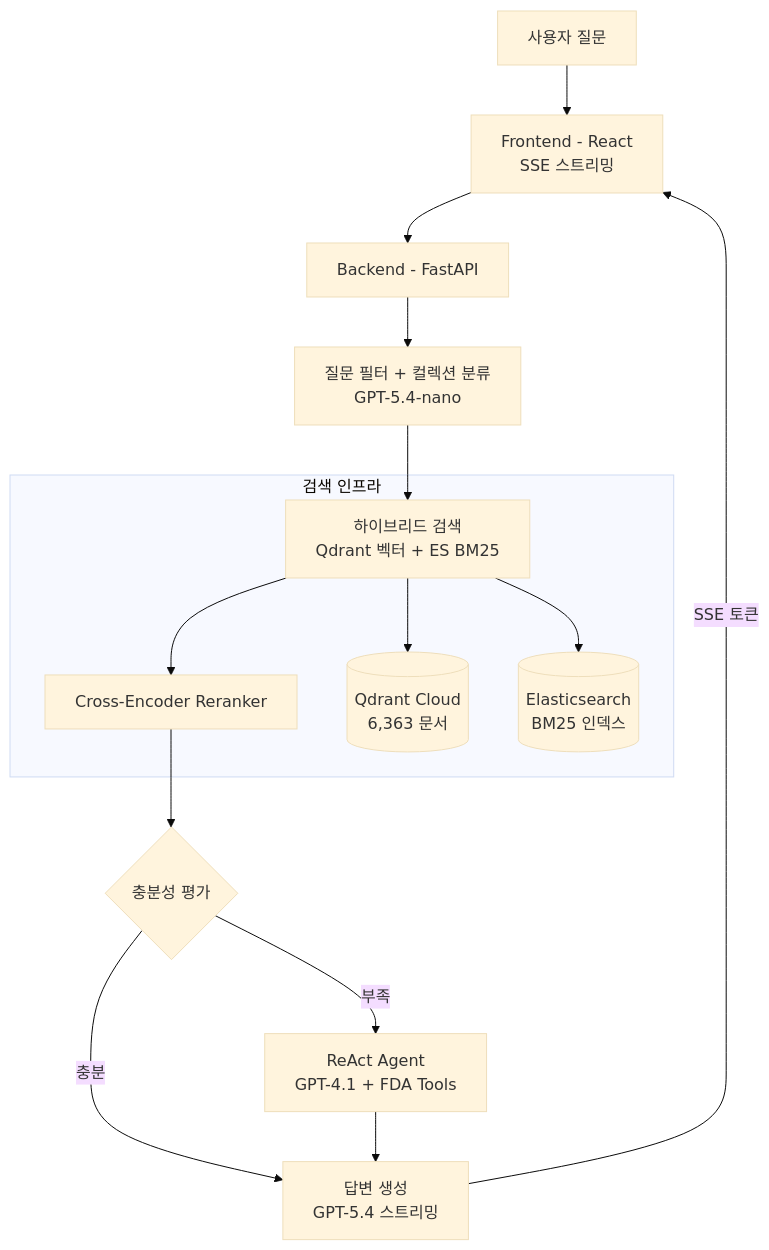
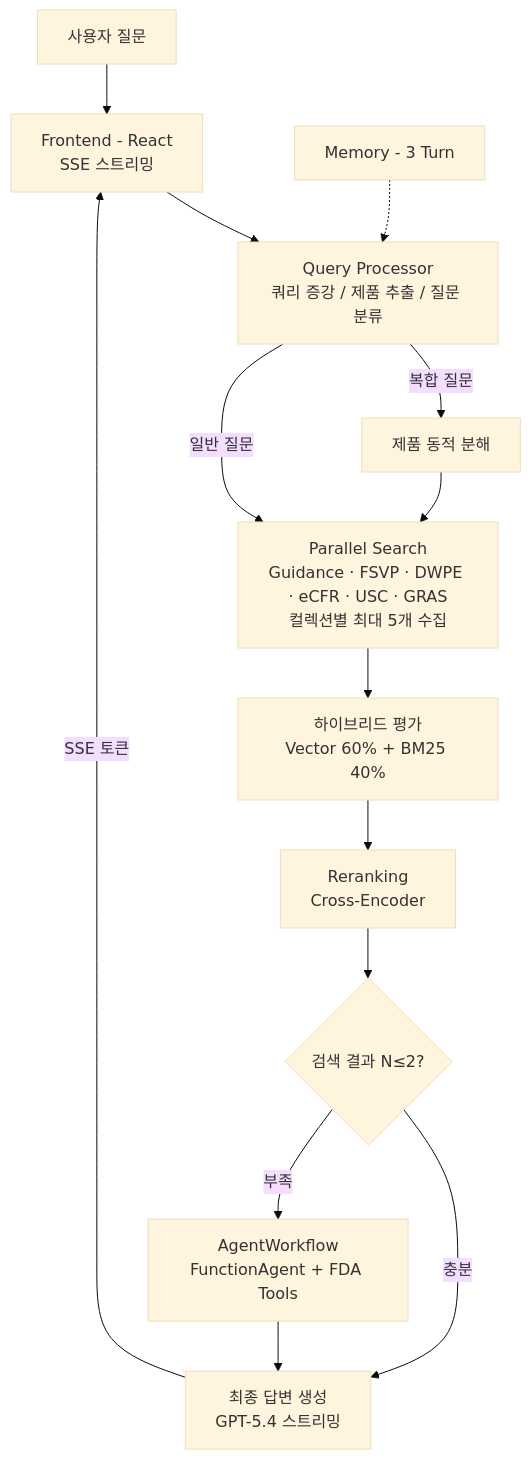
One commit to hwbjun/risk-killer changed the diagram in README.md. Above: the diagram before and after it, drawn with Mermaid (base theme). The commit also changed other lines of this file, not shown here.

Commit message:
docs: README 수정 (AgentWorkflow 표기, 아키텍처 상세화, 컬렉션 6개)

````diff
--- a/README.md
+++ b/README.md
@@ -27,22 +27,16 @@
 ```mermaid
 graph TB
     A[사용자 질문] --> B[Frontend - React<br/>SSE 스트리밍]
-    B --> C[Backend - FastAPI]
-    C --> D[질문 필터 + 컬렉션 분류<br/>GPT-5.4-nano]
-    D --> E[하이브리드 검색<br/>Qdrant 벡터 + ES BM25]
-    E --> F[Cross-Encoder Reranker]
-    F --> G{충분성 평가}
-    G -->|충분| H[답변 생성<br/>GPT-5.4 스트리밍]
-    G -->|부족| I[ReAct Agent<br/>GPT-4.1 + FDA Tools]
-    I --> H
-    H -->|SSE 토큰| B
-
-    subgraph "검색 인프라"
-        E
-        F
-        J[(Qdrant Cloud<br/>6,363 문서)]
-        K[(Elasticsearch<br/>BM25 인덱스)]
-        E --> J
-        E --> K
-    end
+    B --> C[Query Processor<br/>쿼리 증강 / 제품 추출 / 질문 분류]
+    C -->|복합 질문| D[제품 동적 분해]
+    C -->|일반 질문| E
+    D --> E[Parallel Search<br/>Guidance · FSVP · DWPE · eCFR · USC · GRAS<br/>컬렉션별 최대 5개 수집]
+    E --> F[하이브리드 평가<br/>Vector 60% + BM25 40%]
+    F --> G[Reranking<br/>Cross-Encoder]
+    G --> H{검색 결과 N≤2?}
+    H -->|충분| I[최종 답변 생성<br/>GPT-5.4 스트리밍]
+    H -->|부족| J[AgentWorkflow<br/>FunctionAgent + FDA Tools]
+    J --> I
+    I -->|SSE 토큰| B
+    K[Memory - 3 Turn] -.-> C
 ```
````
